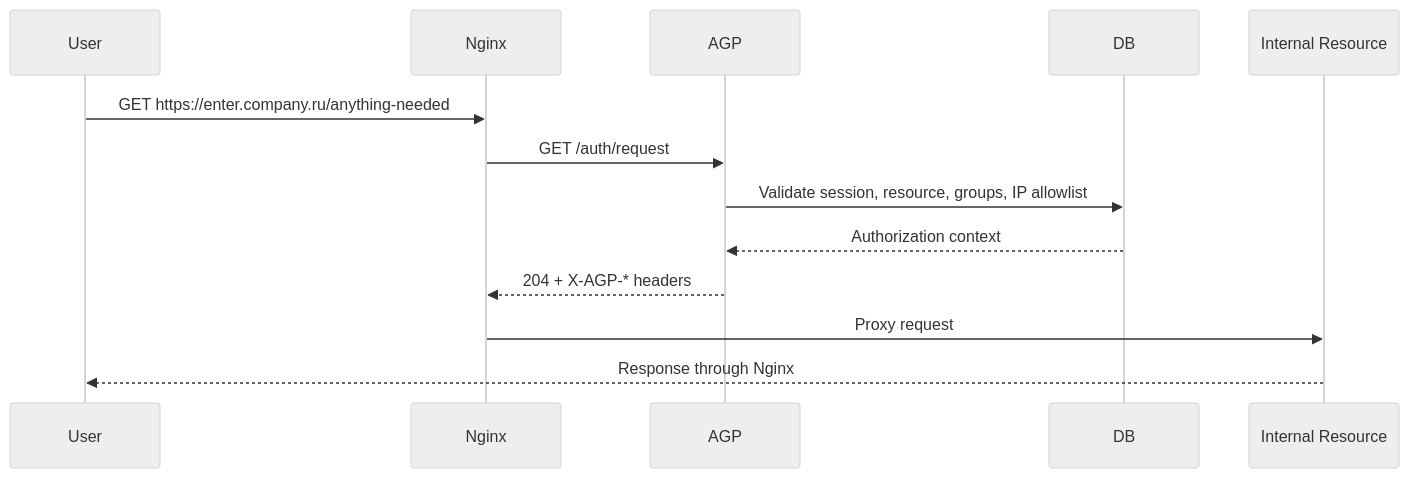
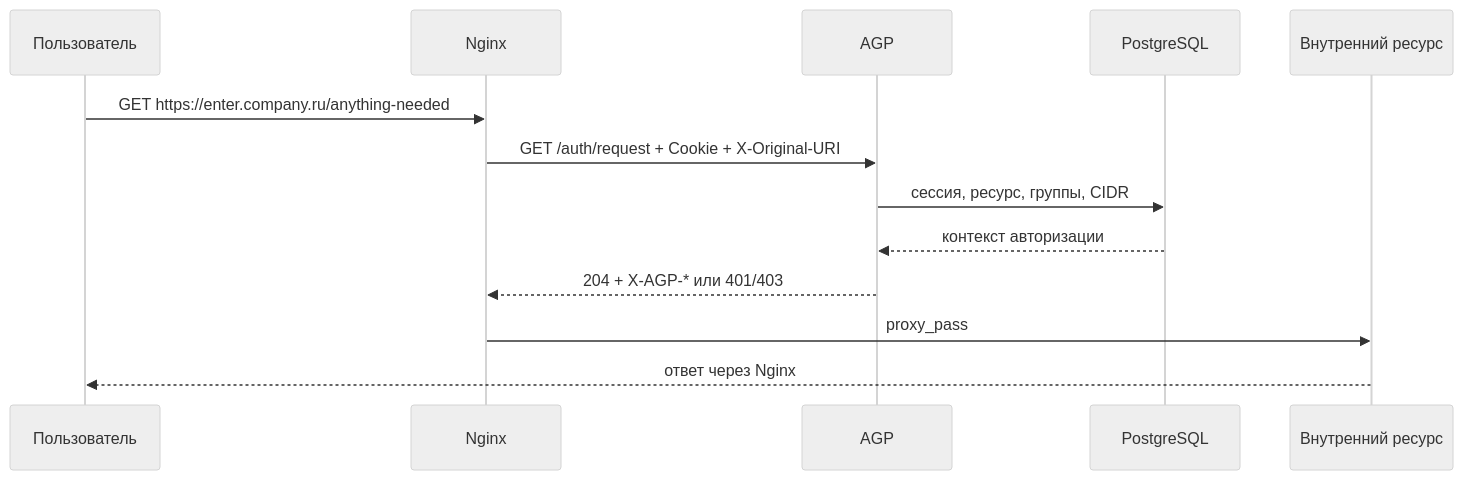
One commit to netwizd/agp changed the diagram in docs/architecture.md. Above: the diagram before and after it, drawn with Mermaid (neutral theme). The commit also changed other lines of this file and 14 other files, not shown here.

````diff
--- a/docs/architecture.md
+++ b/docs/architecture.md
@@ -21,16 +22,16 @@
 ```mermaid
 sequenceDiagram
-    participant User
+    participant User as Пользователь
     participant Nginx
     participant AGP
-    participant DB
-    participant Internal as Internal Resource
+    participant DB as PostgreSQL
+    participant App as Внутренний ресурс
 
     User->>Nginx: GET https://enter.company.ru/anything-needed
-    Nginx->>AGP: GET /auth/request
-    AGP->>DB: Validate session, resource, groups, IP allowlist
-    DB-->>AGP: Authorization context
-    AGP-->>Nginx: 204 + X-AGP-* headers
-    Nginx->>Internal: Proxy request
-    Internal-->>User: Response through Nginx
+    Nginx->>AGP: GET /auth/request + Cookie + X-Original-URI
+    AGP->>DB: сессия, ресурс, группы, CIDR
+    DB-->>AGP: контекст авторизации
+    AGP-->>Nginx: 204 + X-AGP-* или 401/403
+    Nginx->>App: proxy_pass
+    App-->>User: ответ через Nginx
 ```
````
